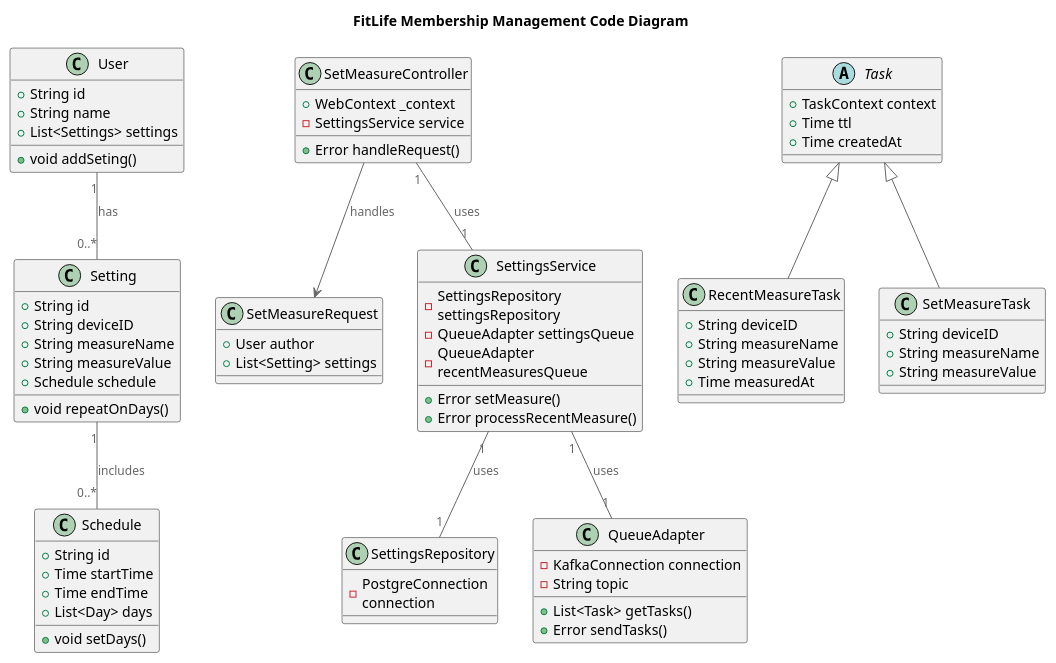
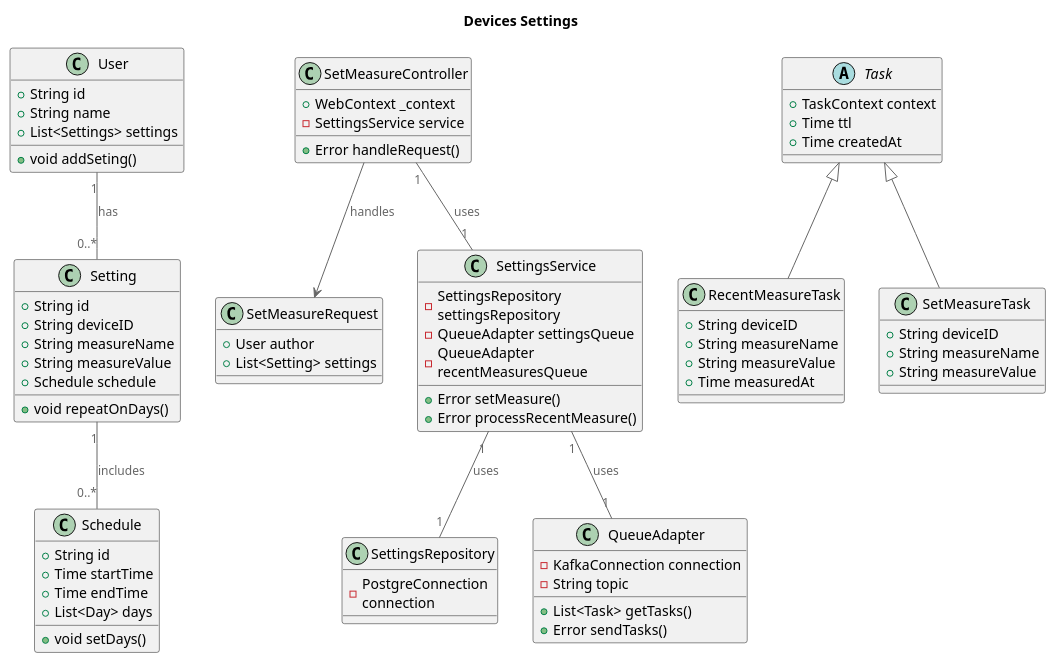
Before and after one commit to a-gataullin/architecture-sprint-3: the diagram in c4-devices-settings.puml, drawn with PlantUML. The commit also changed 4 other files, not shown here.

Commit message:
added diagrams and readme

```diff
--- a/c4-devices-settings.puml
+++ b/c4-devices-settings.puml
@@ -1,92 +1,92 @@
 @startuml c4-devices-settings
-title FitLife Membership Management Code Diagram
+title Devices Settings
 
 top to bottom direction
 
 !includeurl https://raw.githubusercontent.com/RicardoNiepel/C4-PlantUML/master/C4_Component.puml
 
 class User {
   +String id 
   +String name
   +List<Settings> settings
   +void addSeting()
 }
 
 User "1" -- "0..*" Setting : has
 
 class Setting {
   +String id
   +String deviceID
   +String measureName
   +String measureValue
   +Schedule schedule
   +void repeatOnDays()
 }
 
 Setting "1" -- "0..*" Schedule : includes
 
 class Schedule {
   +String id
   +Time startTime
   +Time endTime
   +List<Day> days
   +void setDays()
 }
 
 class SetMeasureRequest {
   +User author
   +List<Setting> settings
 }
 
 SetMeasureController --> SetMeasureRequest : handles
 
 class SetMeasureController {
   +WebContext _context
   -SettingsService service
   +Error handleRequest()
 }
 
 SetMeasureController "1" -- "1" SettingsService : uses
 
 class SettingsService {
   -SettingsRepository settingsRepository
   -QueueAdapter settingsQueue
   -QueueAdapter recentMeasuresQueue
   +Error setMeasure()
   +Error processRecentMeasure()
 }
 
 SettingsService "1" -- "1" SettingsRepository : uses
 SettingsService "1" -- "1" QueueAdapter : uses
 
 class SettingsRepository {
   -PostgreConnection connection
 }
 
 class QueueAdapter {
   -KafkaConnection connection
   -String topic
   +List<Task> getTasks()
   +Error sendTasks()
 }
 
 abstract class Task {
   +TaskContext context
   +Time ttl
   +Time createdAt
 }
 
 class RecentMeasureTask extends Task {
   +String deviceID
   +String measureName
   +String measureValue
   +Time measuredAt
 }
 
 class SetMeasureTask extends Task {
   +String deviceID
   +String measureName
   +String measureValue
 }
 
 @enduml
```
